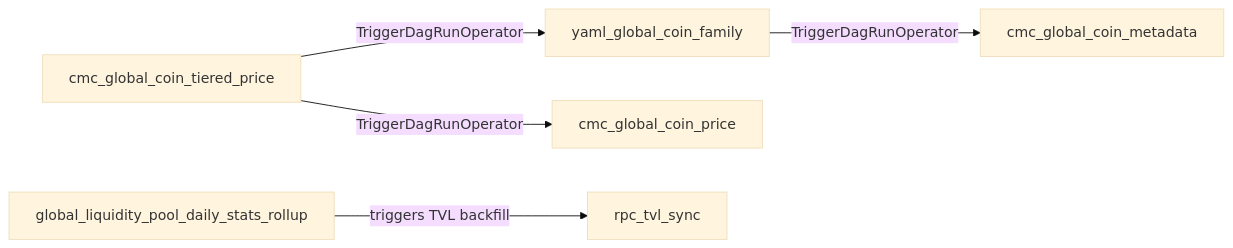
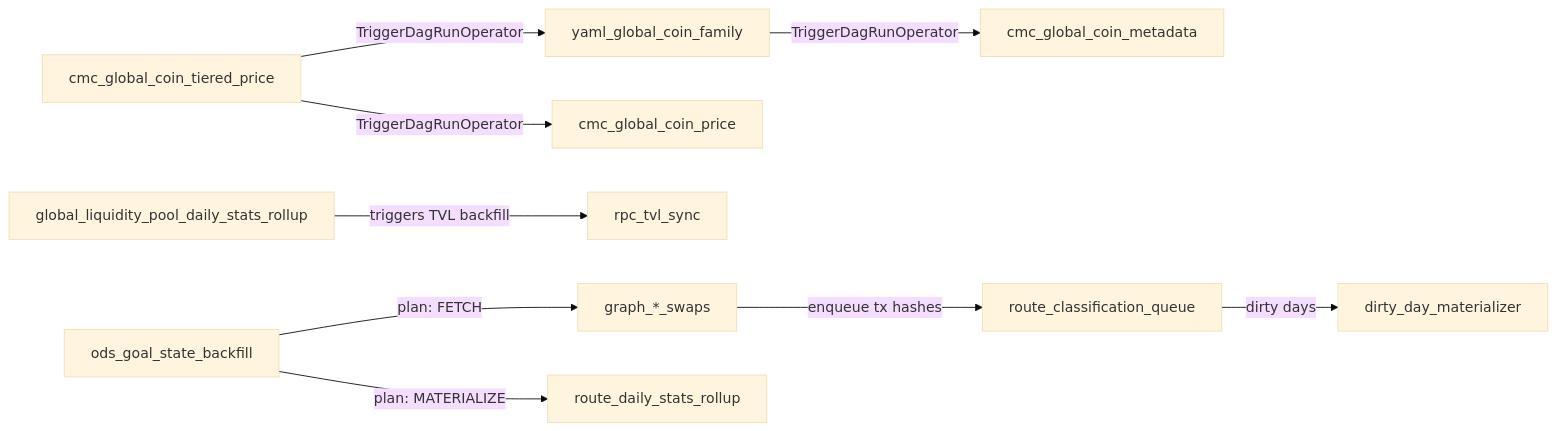
One commit to bekisz/chaintelligence changed the seventh of 7 diagrams in chain-feeder/docs/DAGS.md. Above: the diagram before and after it, drawn with Mermaid (base theme). The commit also changed other lines of this file and 2 other files, not shown here.

First line of the commit message:
docs: update architecture docs for the declarative O&D control plane

````diff
--- a/chain-feeder/docs/DAGS.md
+++ b/chain-feeder/docs/DAGS.md
@@ -425,7 +495,11 @@
 ```mermaid
 graph LR
     TIERED["cmc_global_coin_tiered_price"] -- "TriggerDagRunOperator" --> FAMILY["yaml_global_coin_family"]
     TIERED -- "TriggerDagRunOperator" --> CPRICE["cmc_global_coin_price"]
     FAMILY -- "TriggerDagRunOperator" --> CMETA["cmc_global_coin_metadata"]
     ROLLUP["global_liquidity_pool_daily_stats_rollup"] -- "triggers TVL backfill" --> TVL["rpc_tvl_sync"]
+    BACKFILL["ods_goal_state_backfill"] -- "plan: FETCH" --> SWAP["graph_*_swaps"]
+    BACKFILL -- "plan: MATERIALIZE" --> ROUTEROLL["route_daily_stats_rollup"]
+    SWAP -- "enqueue tx hashes" --> Q["route_classification_queue"]
+    Q -- "dirty days" --> MAT["dirty_day_materializer"]
 ```
````
